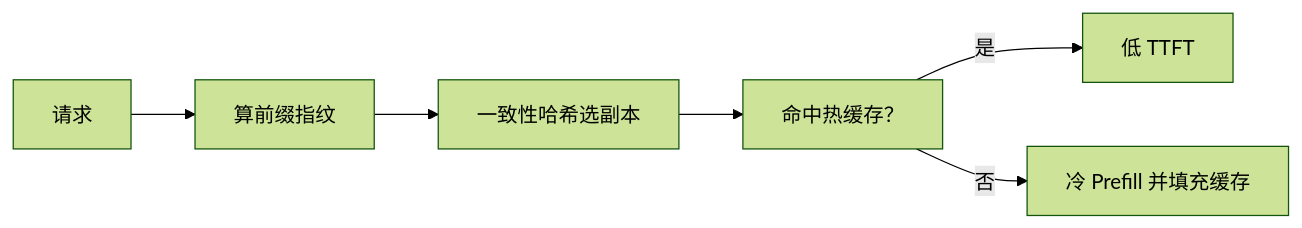
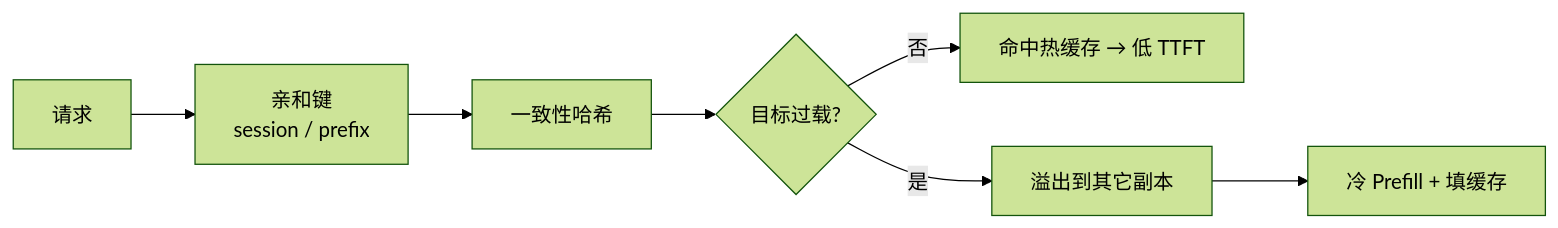
One commit to tqm6666/AIInfraGuide changed the first of 2 diagrams in docs/guides/模块四-推理优化/第10章-生产部署与运维/10.3-自动扩缩容与负载均衡.md. Above: the diagram before and after it, drawn with Mermaid (forest theme). The commit also changed other lines of this file and 4 other files, not shown here.

````diff
--- a/docs/guides/模块四-推理优化/第10章-生产部署与运维/10.3-自动扩缩容与负载均衡.md
+++ b/docs/guides/模块四-推理优化/第10章-生产部署与运维/10.3-自动扩缩容与负载均衡.md
@@ -84,8 +113,9 @@
 ```mermaid
 flowchart LR
-    A["请求"] --> B["算前缀指纹"]
-    B --> C["一致性哈希选副本"]
-    C --> D["命中热缓存？"]
-    D -->|是| E["低 TTFT"]
-    D -->|否| F["冷 Prefill 并填充缓存"]
+    A["请求"] --> B["亲和键<br/>session / prefix"]
+    B --> C["一致性哈希"]
+    C --> D{"目标过载?"}
+    D -->|否| E["命中热缓存 → 低 TTFT"]
+    D -->|是| F["溢出到其它副本"]
+    F --> G["冷 Prefill + 填缓存"]
 ```
````
